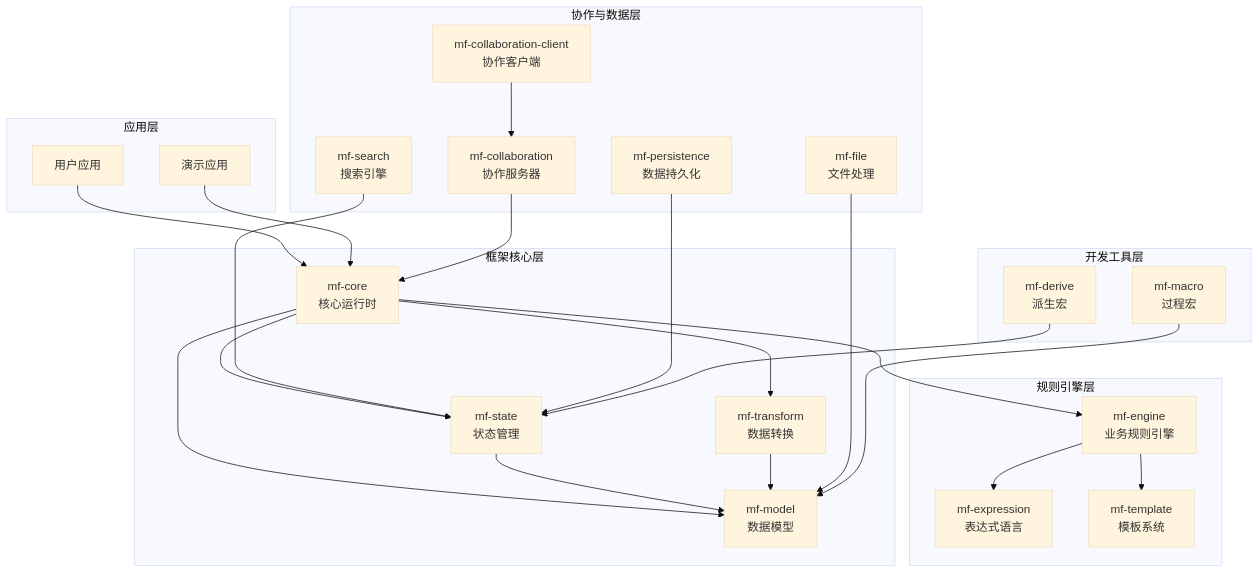
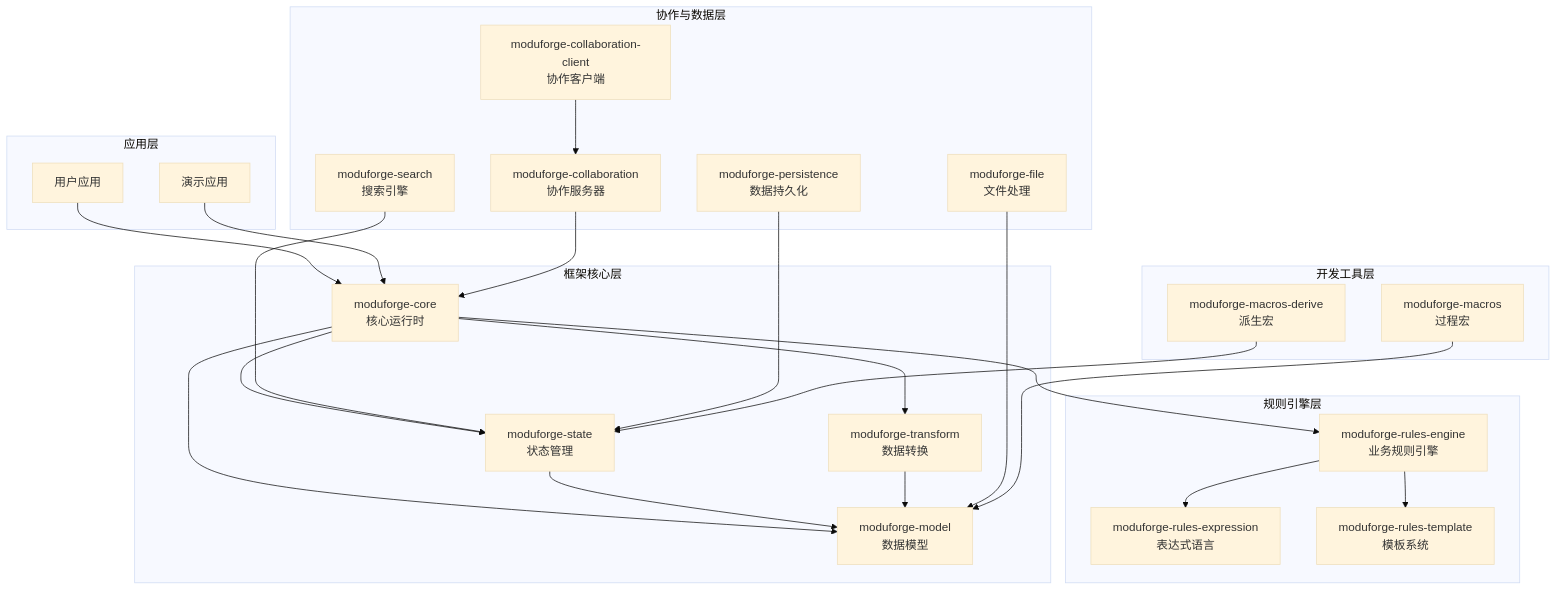
One commit to Cassielxd/moduforge-rs changed the first of 4 diagrams in packages/docs/architecture-overview.md. Above: the diagram before and after it, drawn with Mermaid (base theme). The commit also changed other lines of this file and 2344 other files, not shown here.

````diff
--- a/packages/docs/architecture-overview.md
+++ b/packages/docs/architecture-overview.md
@@ -7,51 +16,51 @@
 ```mermaid
 graph TB
     subgraph "应用层"
         APP[用户应用]
         DEMO[演示应用]
     end
     
     subgraph "框架核心层"
-        CORE[mf-core<br/>核心运行时]
-        STATE[mf-state<br/>状态管理]
-        TRANSFORM[mf-transform<br/>数据转换]
-        MODEL[mf-model<br/>数据模型]
+        CORE[moduforge-core<br/>核心运行时]
+        STATE[moduforge-state<br/>状态管理]
+        TRANSFORM[moduforge-transform<br/>数据转换]
+        MODEL[moduforge-model<br/>数据模型]
     end
     
     subgraph "规则引擎层"
-        ENGINE[mf-engine<br/>业务规则引擎]
-        EXPRESSION[mf-expression<br/>表达式语言]
-        TEMPLATE[mf-template<br/>模板系统]
+        ENGINE[moduforge-rules-engine<br/>业务规则引擎]
+        EXPRESSION[moduforge-rules-expression<br/>表达式语言]
+        TEMPLATE[moduforge-rules-template<br/>模板系统]
     end
     
     subgraph "协作与数据层"
-        COLLAB[mf-collaboration<br/>协作服务器]
-        CLIENT[mf-collaboration-client<br/>协作客户端]
-        FILE[mf-file<br/>文件处理]
-        SEARCH[mf-search<br/>搜索引擎]
-        PERSIST[mf-persistence<br/>数据持久化]
+        COLLAB[moduforge-collaboration<br/>协作服务器]
+        CLIENT[moduforge-collaboration-client<br/>协作客户端]
+        FILE[moduforge-file<br/>文件处理]
+        SEARCH[moduforge-search<br/>搜索引擎]
+        PERSIST[moduforge-persistence<br/>数据持久化]
     end
     
     subgraph "开发工具层"
-        MACRO[mf-macro<br/>过程宏]
-        DERIVE[mf-derive<br/>派生宏]
+        MACRO[moduforge-macros<br/>过程宏]
+        DERIVE[moduforge-macros-derive<br/>派生宏]
     end
     
     APP --> CORE
     DEMO --> CORE
     CORE --> STATE
     CORE --> TRANSFORM
     CORE --> MODEL
     CORE --> ENGINE
     STATE --> MODEL
     TRANSFORM --> MODEL
     ENGINE --> EXPRESSION
     ENGINE --> TEMPLATE
     COLLAB --> CORE
     CLIENT --> COLLAB
     FILE --> MODEL
     SEARCH --> STATE
     PERSIST --> STATE
     MACRO --> MODEL
     DERIVE --> STATE
 ```
````
